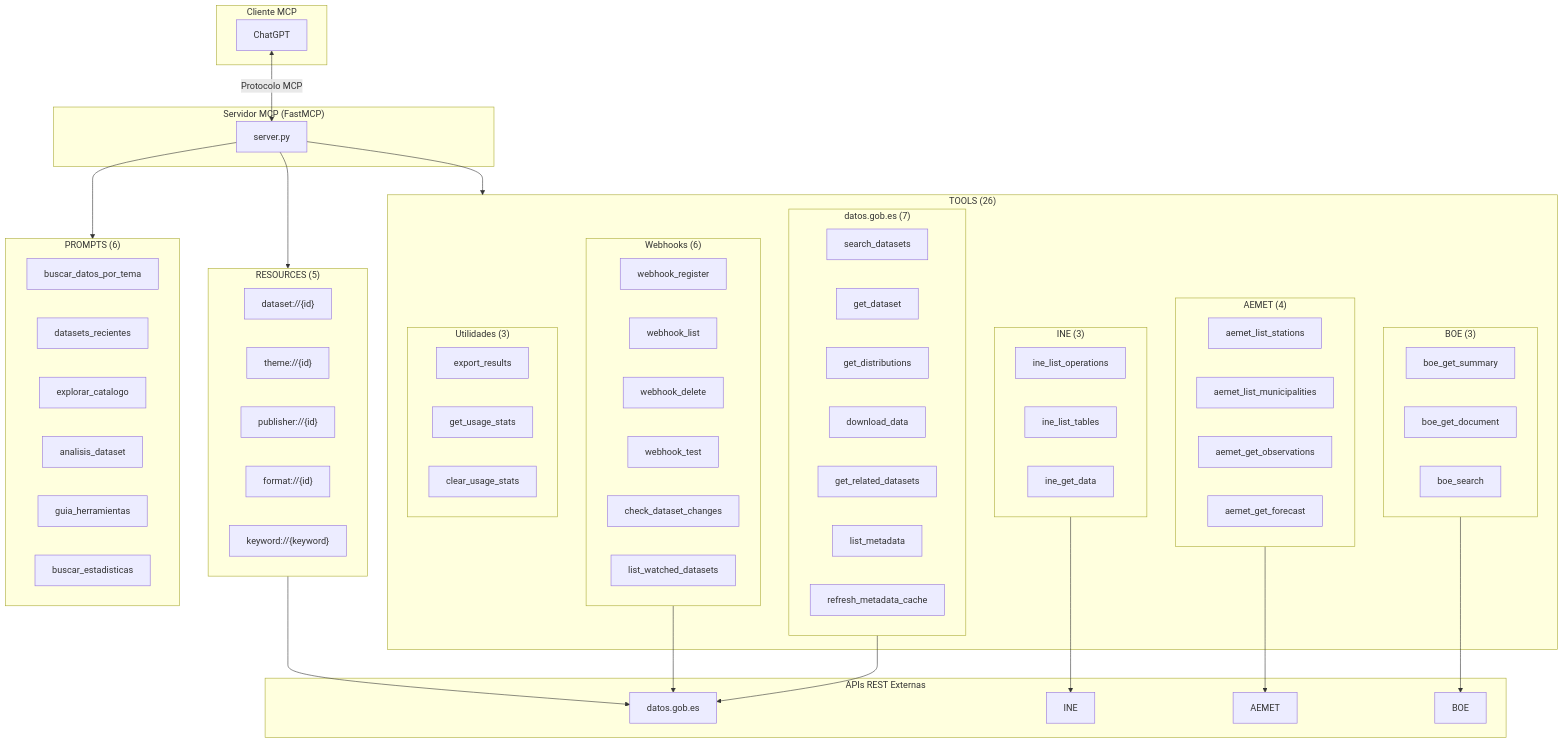
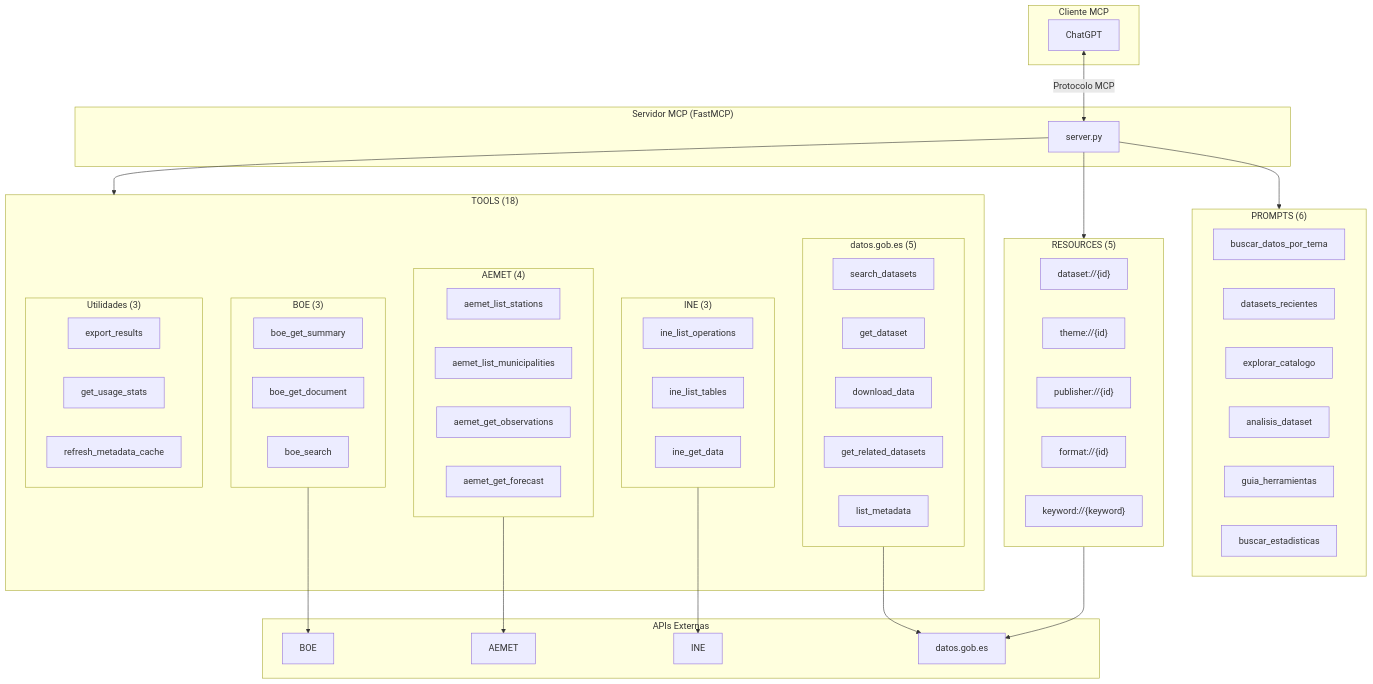
Before and after one commit to AlbertoUAH/datos-gob-es-mcp: the diagram in README.md, drawn with Mermaid. The commit also changed other lines of this file and 8 other files, not shown here.

First line of the commit message:
refactor: simplify MCP server by removing webhooks and redundant tools

```diff
--- a/README.md
+++ b/README.md
@@ -117,15 +115,13 @@
 
     ChatGPT <-->|"Protocolo MCP"| Server
 
-    subgraph Tools["TOOLS (26)"]
-        subgraph ToolsDatosGob["datos.gob.es (7)"]
+    subgraph Tools["TOOLS (18)"]
+        subgraph ToolsDatosGob["datos.gob.es (5)"]
             search_datasets
             get_dataset
-            get_distributions
             download_data
             get_related_datasets
             list_metadata
-            refresh_metadata_cache
         end
 
         subgraph ToolsINE["INE (3)"]
@@ -147,19 +143,10 @@
             boe_search
         end
 
-        subgraph ToolsWebhooks["Webhooks (6)"]
-            webhook_register
-            webhook_list
-            webhook_delete
-            webhook_test
-            check_dataset_changes
-            list_watched_datasets
-        end
-
         subgraph ToolsUtils["Utilidades (3)"]
             export_results
             get_usage_stats
-            clear_usage_stats
+            refresh_metadata_cache
         end
     end
 
@@ -184,7 +171,7 @@
     Server --> Resources
     Server --> Prompts
 
-    subgraph APIs["APIs REST Externas"]
+    subgraph APIs["APIs Externas"]
         API1["datos.gob.es"]
         API2["INE"]
         API3["AEMET"]
@@ -192,7 +179,6 @@
     end
 
     ToolsDatosGob --> API1
-    ToolsWebhooks --> API1
     Resources --> API1
     ToolsINE --> API2
     ToolsAEMET --> API3
```
